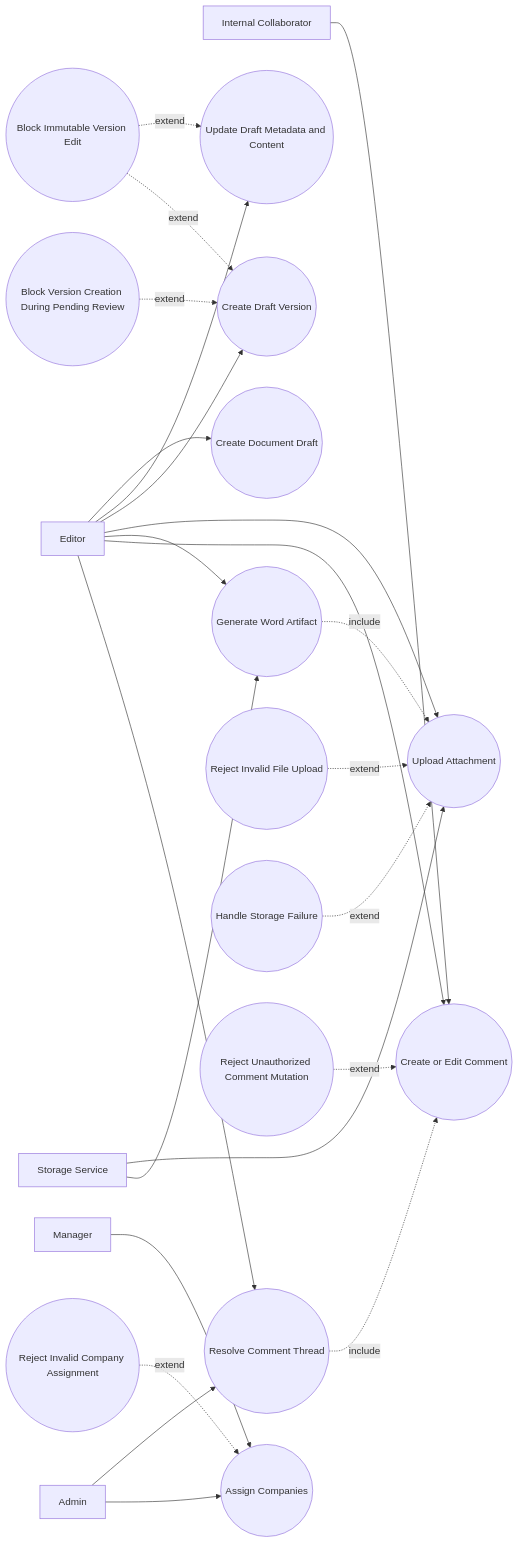
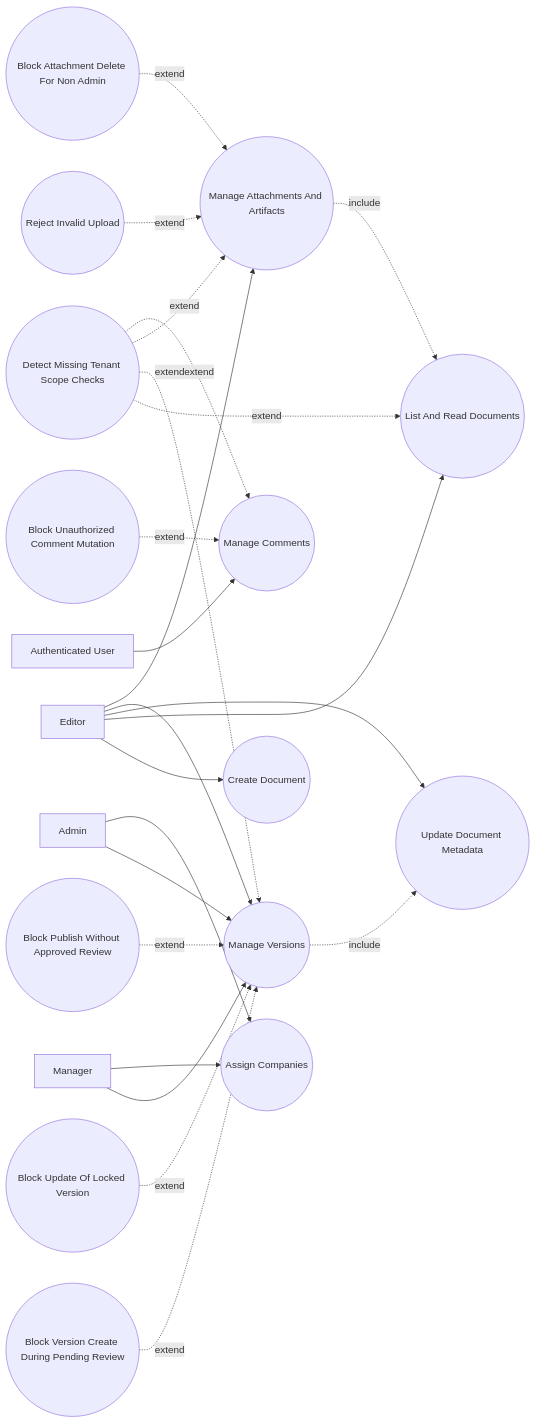
The diagram in diagrams/phases/P2_AUTHORING_ASSEMBLY/USE_CASE.md (Yogevso/finale_project), drawn with Mermaid before and after one commit. The commit also changed other lines of this file and 23 other files, not shown here.

Commit message:
chore: update phase diagrams and frontend artifacts

````diff
--- a/diagrams/phases/P2_AUTHORING_ASSEMBLY/USE_CASE.md
+++ b/diagrams/phases/P2_AUTHORING_ASSEMBLY/USE_CASE.md
@@ -31,48 +30,48 @@
 ```mermaid
 flowchart LR
     ED[Editor]
     MG[Manager]
     AD[Admin]
-    IC[Internal Collaborator]
-    ST[Storage Service]
+    AU[Authenticated User]
 
-    UC1((Create Document Draft))
-    UC2((Update Draft Metadata and Content))
-    UC3((Create Draft Version))
-    UC4((Upload Attachment))
-    UC5((Generate Word Artifact))
-    UC6((Create or Edit Comment))
-    UC7((Resolve Comment Thread))
-    UC8((Assign Companies))
+    UC1((Create Document))
+    UC2((List And Read Documents))
+    UC3((Update Document Metadata))
+    UC4((Manage Versions))
+    UC5((Manage Attachments And Artifacts))
+    UC6((Manage Comments))
+    UC7((Assign Companies))
 
-    EX1((Block Version Creation During Pending Review))
-    EX2((Block Immutable Version Edit))
-    EX3((Reject Invalid File Upload))
-    EX4((Handle Storage Failure))
-    EX5((Reject Unauthorized Comment Mutation))
-    EX6((Reject Invalid Company Assignment))
+    EX1((Block Version Create During Pending Review))
+    EX2((Block Update Of Locked Version))
+    EX3((Block Publish Without Approved Review))
+    EX4((Reject Invalid Upload))
+    EX5((Block Attachment Delete For Non Admin))
+    EX6((Block Unauthorized Comment Mutation))
+    EX7((Detect Missing Tenant Scope Checks))
 
     ED --> UC1
     ED --> UC2
     ED --> UC3
     ED --> UC4
     ED --> UC5
-    IC --> UC6
-    ED --> UC6
+    MG --> UC4
+    AD --> UC4
+    AU --> UC6
+    MG --> UC7
     AD --> UC7
-    ED --> UC7
-    MG --> UC8
-    AD --> UC8
-    ST --> UC4
-    ST --> UC5
 
-    UC5 -. include .-> UC4
-    UC7 -. include .-> UC6
-    EX1 -. extend .-> UC3
-    EX2 -. extend .-> UC2
-    EX2 -. extend .-> UC3
+    UC4 -. include .-> UC3
+    UC5 -. include .-> UC2
+
+    EX1 -. extend .-> UC4
+    EX2 -. extend .-> UC4
     EX3 -. extend .-> UC4
-    EX4 -. extend .-> UC4
-    EX5 -. extend .-> UC6
-    EX6 -. extend .-> UC8
+    EX4 -. extend .-> UC5
+    EX5 -. extend .-> UC5
+    EX6 -. extend .-> UC6
+    EX7 -. extend .-> UC2
+    EX7 -. extend .-> UC4
+    EX7 -. extend .-> UC5
+    EX7 -. extend .-> UC6
 ```
````
